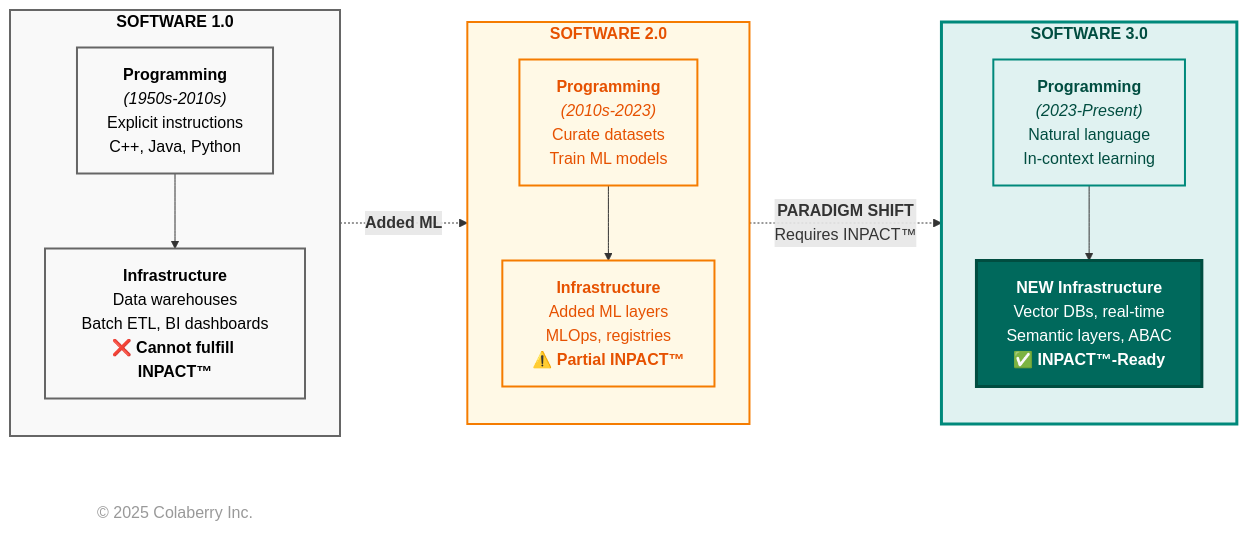
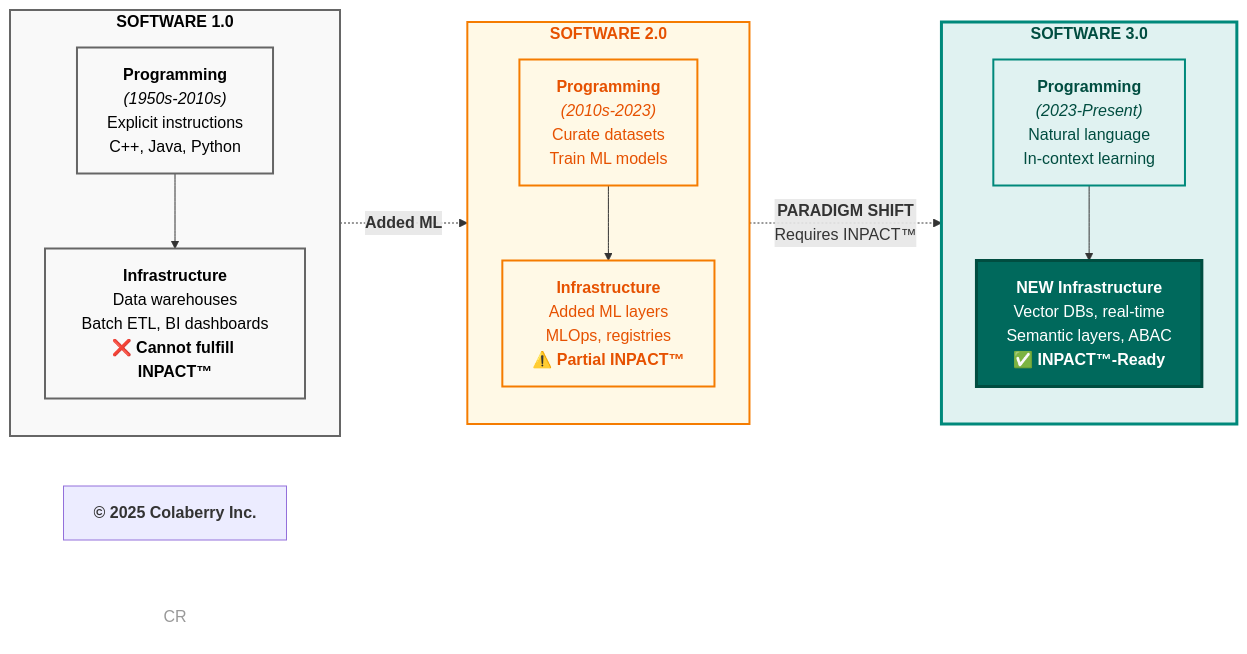
The second of 5 diagrams in manuscript/chapter_1_why_agents_fail_v3_0.md (saitejesh-cyber/trust-before-intelligence-book), drawn with Mermaid before and after one commit. The commit also changed other lines of this file and 6 other files, not shown here.

````diff
--- a/manuscript/chapter_1_why_agents_fail_v3_0.md
+++ b/manuscript/chapter_1_why_agents_fail_v3_0.md
@@ -392,39 +392,39 @@
 ```mermaid
 graph LR
     subgraph sw1["<b>SOFTWARE 1.0</b>"]
         direction TB
         prog1["<b>Programming</b><br/><i>(1950s-2010s)</i><br/>Explicit instructions<br/>C++, Java, Python"]
         infra1["<b>Infrastructure</b><br/>Data warehouses<br/>Batch ETL, BI dashboards<br/><b>❌ Cannot fulfill INPACT™</b>"]
         prog1 --> infra1
     end
 
     subgraph sw2["<b>SOFTWARE 2.0</b>"]
         direction TB
         prog2["<b>Programming</b><br/><i>(2010s-2023)</i><br/>Curate datasets<br/>Train ML models"]
         infra2["<b>Infrastructure</b><br/>Added ML layers<br/>MLOps, registries<br/><b>⚠️ Partial INPACT™</b>"]
         prog2 --> infra2
     end
 
     subgraph sw3["<b>SOFTWARE 3.0</b>"]
         direction TB
         prog3["<b>Programming</b><br/><i>(2023-Present)</i><br/>Natural language<br/>In-context learning"]
         infra3["<b>NEW Infrastructure</b><br/>Vector DBs, real-time<br/>Semantic layers, ABAC<br/><b>✅ INPACT™-Ready</b>"]
         prog3 --> infra3
     end
 
     sw1 -.->|"<b>Added ML</b>"| sw2
     sw2 -.->|"<b>PARADIGM SHIFT</b><br/>Requires INPACT™"| sw3
 
     style sw1 fill:#f9f9f9,stroke:#666666,stroke-width:2px,color:#000000
     style sw2 fill:#fff9e6,stroke:#f57c00,stroke-width:2px,color:#e65100
     style sw3 fill:#e0f2f1,stroke:#00897b,stroke-width:3px,color:#004d40
     style prog1 fill:#f9f9f9,stroke:#666666,stroke-width:2px,color:#000000
     style infra1 fill:#f9f9f9,stroke:#666666,stroke-width:2px,color:#000000
     style prog2 fill:#fff9e6,stroke:#f57c00,stroke-width:2px,color:#e65100
     style infra2 fill:#fff9e6,stroke:#f57c00,stroke-width:2px,color:#e65100
     style prog3 fill:#e0f2f1,stroke:#00897b,stroke-width:2px,color:#004d40
     style infra3 fill:#00695c,color:#ffffff,stroke:#004d40,stroke-width:3px
 
-    CR["© 2025 Colaberry Inc."]
+    Copyright["<b>© 2025 Colaberry Inc.</b>"]
     style CR fill:none,stroke:none,color:#999999
 ```
````
